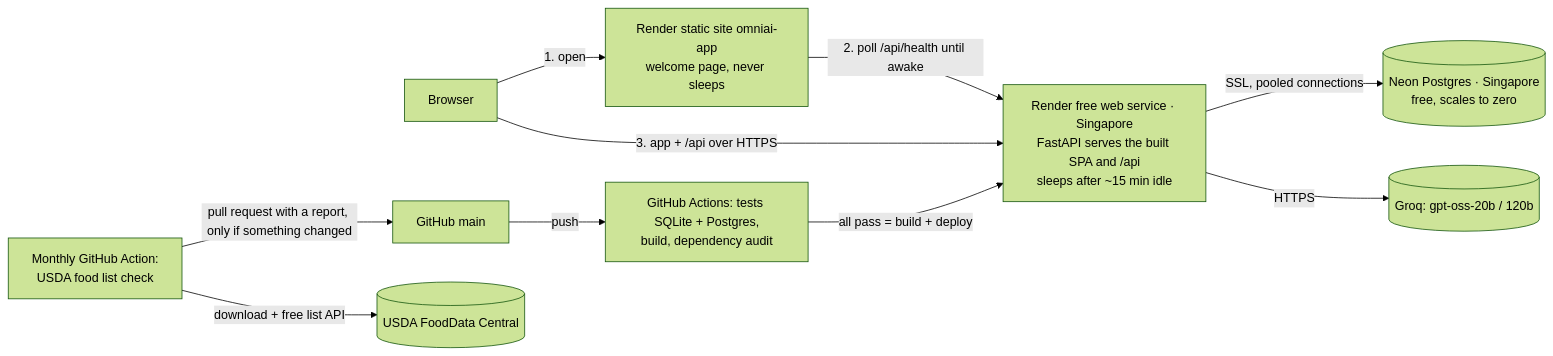
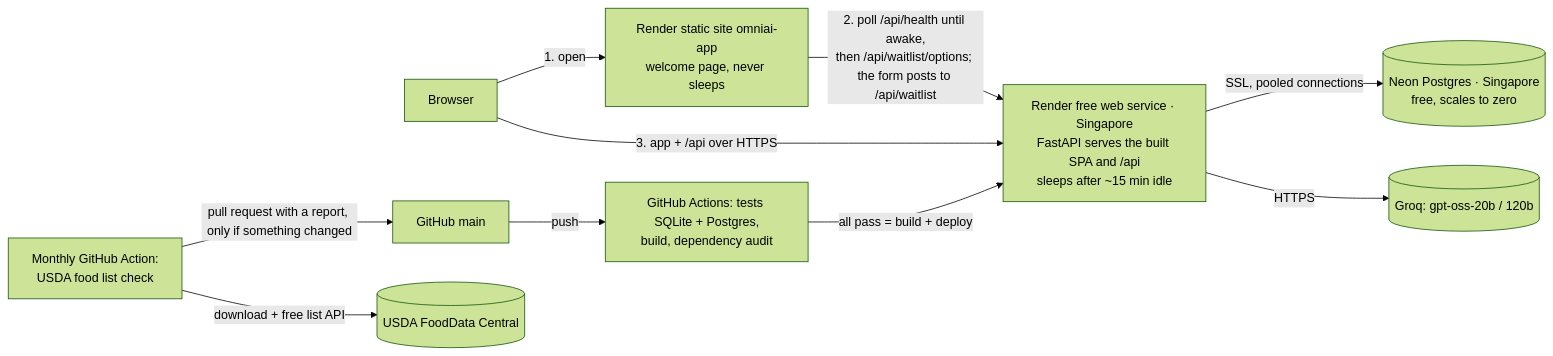
The third of 12 diagrams in docs/hld.md (NeoAnushka21/tracker_poc), drawn with Mermaid (forest theme) before and after one commit. The commit also changed other lines of this file and 27 other files, not shown here.

````diff
--- a/docs/hld.md
+++ b/docs/hld.md
@@ -73,12 +77,12 @@
 ```mermaid
 flowchart LR
     U[Browser] -->|1. open| L["Render static site omniai-app<br/>welcome page, never sleeps"]
-    L -->|2. poll /api/health until awake| R
+    L -->|2. poll /api/health until awake,<br/>then /api/waitlist/options; the form posts to /api/waitlist| R
     U -->|3. app + /api over HTTPS| R["Render free web service · Singapore<br/>FastAPI serves the built SPA and /api<br/>sleeps after ~15 min idle"]
     R -->|SSL, pooled connections| N[("Neon Postgres · Singapore<br/>free, scales to zero")]
     R -->|HTTPS| G[(Groq: gpt-oss-20b / 120b)]
     GH[GitHub main] -->|push| CI[GitHub Actions: tests SQLite + Postgres,<br/>build, dependency audit]
     CI -->|all pass = build + deploy| R
     M[Monthly GitHub Action:<br/>USDA food list check] -->|download + free list API| USDA[(USDA FoodData Central)]
     M -->|pull request with a report, only if something changed| GH
 ```
````
